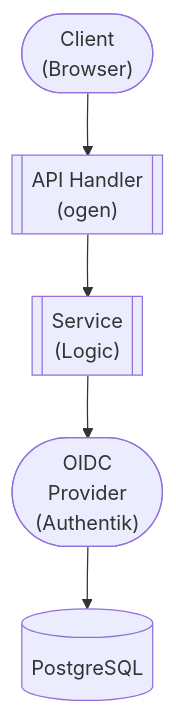
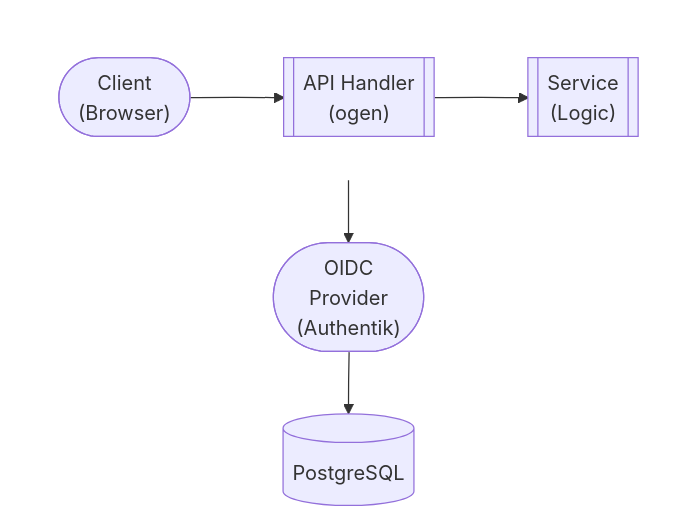
The diagram in docs/dev/design/services/OIDC.md (lusoris/revenge), drawn with Mermaid before and after one commit. The commit also changed 210 other files, not shown here.

First line of the commit message:
feat(docs): Add horizontal layout support for Mermaid diagrams

````diff
--- a/docs/dev/design/services/OIDC.md
+++ b/docs/dev/design/services/OIDC.md
@@ -60,12 +60,18 @@
 ```mermaid
 flowchart TD
-    node1(["Client<br/>(Browser)"])
-    node2[["API Handler<br/>(ogen)"]]
-    node3[["Service<br/>(Logic)"]]
+    subgraph row1[ ]
+        direction LR
+        node1(["Client<br/>(Browser)"])
+        node2[["API Handler<br/>(ogen)"]]
+        node3[["Service<br/>(Logic)"]]
+    end
     node4(["OIDC<br/>Provider<br/>(Authentik)"])
     node5[("PostgreSQL")]
     node1 --> node2
     node2 --> node3
     node3 --> node4
     node4 --> node5
+
+    %% Hide row subgraph borders
+    style row1 fill:transparent,stroke:transparent
 ```
````
